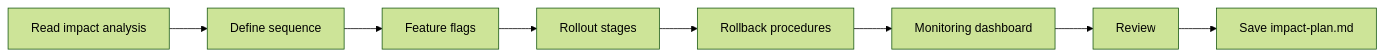
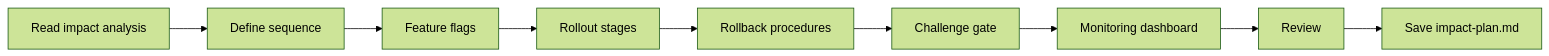
Before and after one commit to ai-driven-dev/framework: the diagram in skills/architecture-impact-plan/SKILL.md, drawn with Mermaid (forest theme). The commit also changed other lines of this file and 22 other files, not shown here.

````diff
--- a/skills/architecture-impact-plan/SKILL.md
+++ b/skills/architecture-impact-plan/SKILL.md
@@ -31,4 +32,4 @@
 ```mermaid
 flowchart LR
-    A[Read impact analysis] --> B[Define sequence] --> C[Feature flags] --> D[Rollout stages] --> E[Rollback procedures] --> F[Monitoring dashboard] --> G[Review] --> H[Save impact-plan.md]
+    A[Read impact analysis] --> B[Define sequence] --> C[Feature flags] --> D[Rollout stages] --> E[Rollback procedures] --> F[Challenge gate] --> G[Monitoring dashboard] --> H[Review] --> I[Save impact-plan.md]
 ```
````
